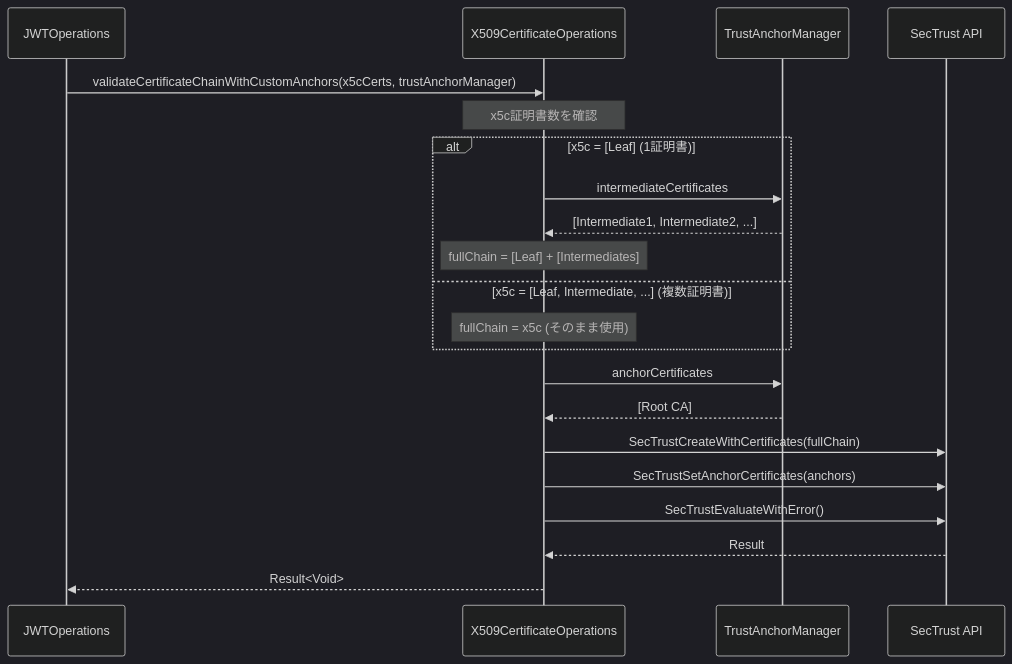
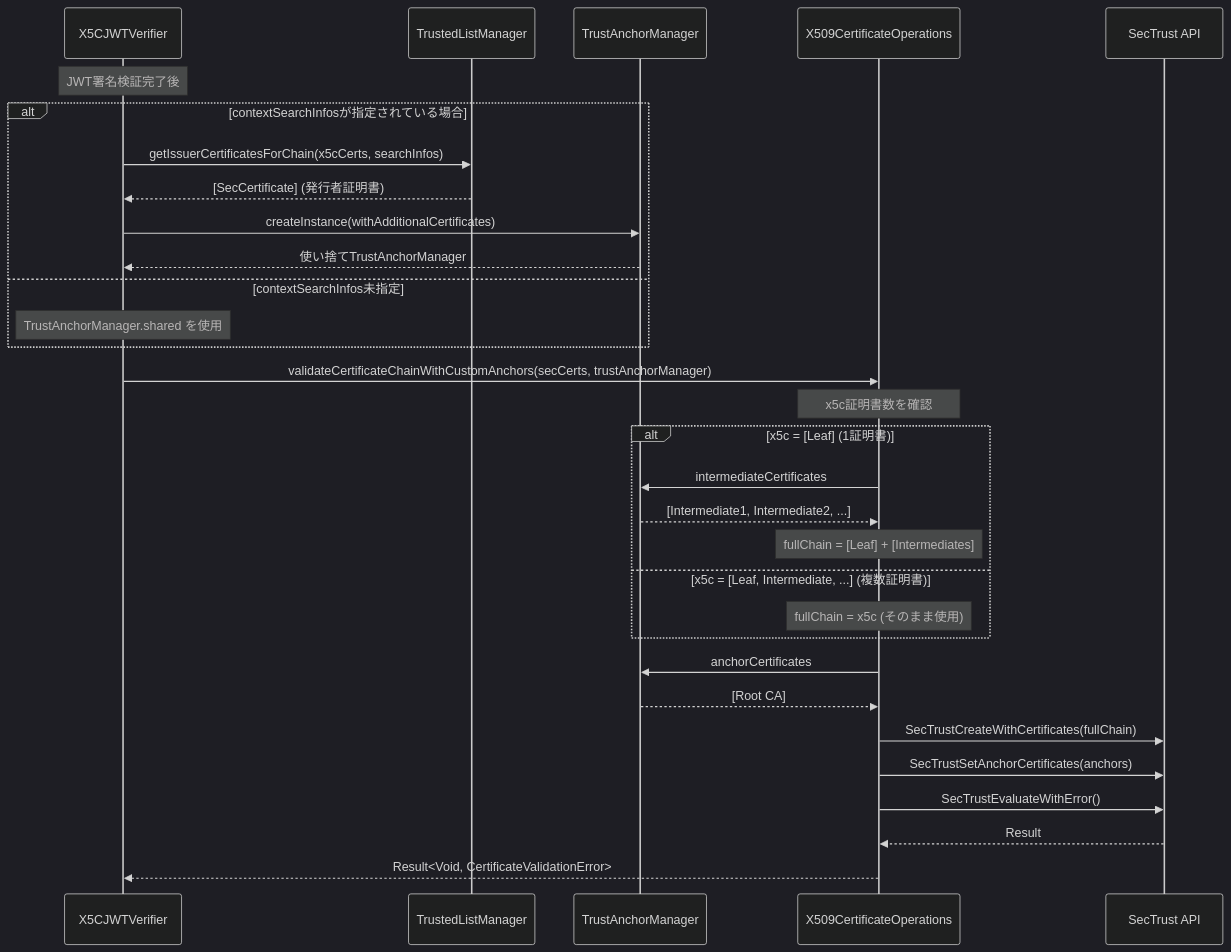
Before and after one commit to ryosuke-wakaba/OWND-Wallet-iOS: the diagram in docs/x509-certificate-chain-validation/chain-validation.md, drawn with Mermaid (dark theme). The commit also changed other lines of this file, not shown here.

First line of the commit message:
docs: Update chain-validation.md to match current implementation

````diff
--- a/docs/x509-certificate-chain-validation/chain-validation.md
+++ b/docs/x509-certificate-chain-validation/chain-validation.md
@@ -7,29 +7,41 @@
 ```mermaid
 sequenceDiagram
-    participant JWT as JWTOperations
+    participant Caller as X5CJWTVerifier
+    participant TLM as TrustedListManager
+    participant TAM as TrustAnchorManager
     participant SIG as X509CertificateOperations
-    participant TAM as TrustAnchorManager
     participant SEC as SecTrust API
 
-    JWT->>SIG: validateCertificateChainWithCustomAnchors(x5cCerts, trustAnchorManager)
+    Note over Caller: JWT署名検証完了後
+
+    alt contextSearchInfosが指定されている場合
+        Caller->>TLM: getIssuerCertificatesForChain(x5cCerts, searchInfos)
+        TLM-->>Caller: [SecCertificate] (発行者証明書)
+        Caller->>TAM: createInstance(withAdditionalCertificates)
+        TAM-->>Caller: 使い捨てTrustAnchorManager
+    else contextSearchInfos未指定
+        Note over Caller: TrustAnchorManager.shared を使用
+    end
+
+    Caller->>SIG: validateCertificateChainWithCustomAnchors(secCerts, trustAnchorManager)
 
     Note over SIG: x5c証明書数を確認
 
     alt x5c = [Leaf] (1証明書)
         SIG->>TAM: intermediateCertificates
         TAM-->>SIG: [Intermediate1, Intermediate2, ...]
         Note over SIG: fullChain = [Leaf] + [Intermediates]
     else x5c = [Leaf, Intermediate, ...] (複数証明書)
         Note over SIG: fullChain = x5c (そのまま使用)
     end
 
     SIG->>TAM: anchorCertificates
     TAM-->>SIG: [Root CA]
 
     SIG->>SEC: SecTrustCreateWithCertificates(fullChain)
     SIG->>SEC: SecTrustSetAnchorCertificates(anchors)
     SIG->>SEC: SecTrustEvaluateWithError()
     SEC-->>SIG: Result
 
-    SIG-->>JWT: Result<Void>
+    SIG-->>Caller: Result<Void, CertificateValidationError>
 ```
````
